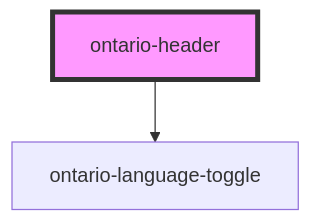
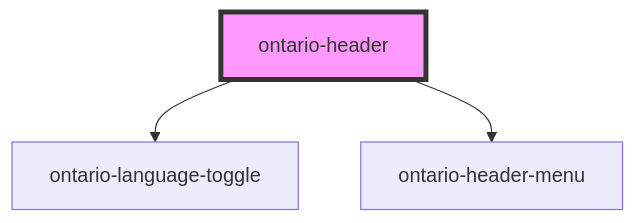
The diagram in packages/ontario-design-system-component-library/src/components/ontario-header/readme.md (ongov/ontario-design-system), drawn with Mermaid before and after one commit. The commit also changed other lines of this file and 11 other files, not shown here.

Commit message:
feat(ontario-header): modularize header menu into it's own subcomponent

````diff
--- a/packages/ontario-design-system-component-library/src/components/ontario-header/readme.md
+++ b/packages/ontario-design-system-component-library/src/components/ontario-header/readme.md
@@ -305,5 +312,6 @@
 ```mermaid
 graph TD;
   ontario-header --> ontario-language-toggle
+  ontario-header --> ontario-header-menu
   style ontario-header fill:#f9f,stroke:#333,stroke-width:4px
 ```
````
